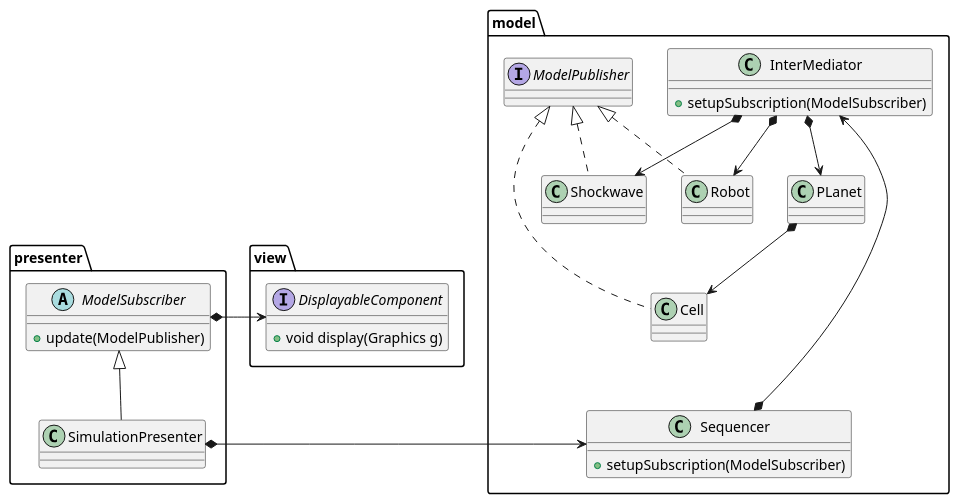
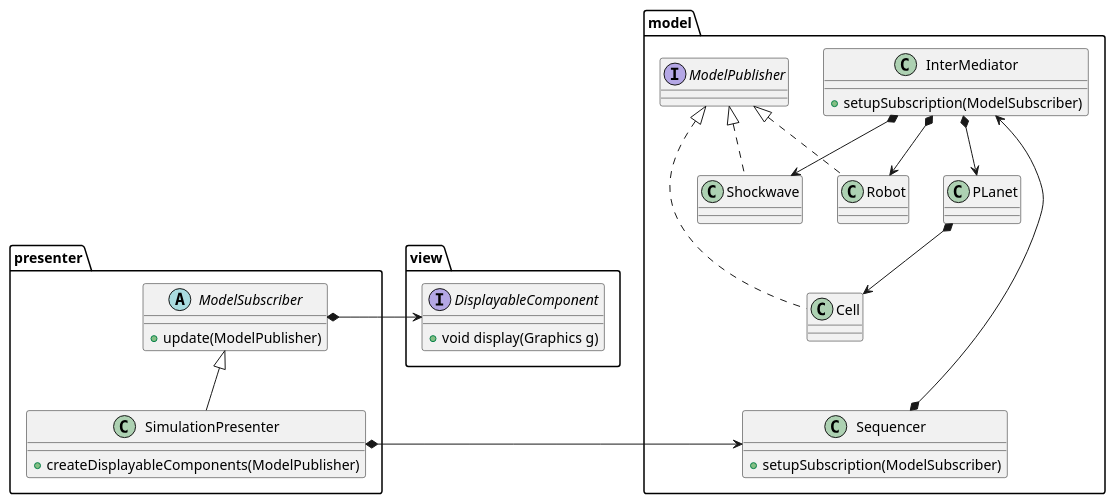
Before and after one commit to LEBOCQTitouan/ia-ensicaen-colonisation: the diagram in uml/class diagram/view/View-elements-creation.puml, drawn with PlantUML. The commit also changed 2 other files, not shown here.

Commit message:
Sequence modelisation for view setup

```diff
--- a/uml/class diagram/view/View-elements-creation.puml
+++ b/uml/class diagram/view/View-elements-creation.puml
@@ -1,44 +1,46 @@
 @startuml
 'https://plantuml.com/class-diagram'
 
 package model {
     class Sequencer {
         +setupSubscription(ModelSubscriber)
     }
     class InterMediator {
         +setupSubscription(ModelSubscriber)
     }
 
     class PLanet
 
     class Cell implements ModelPublisher
     class Robot implements ModelPublisher
     class Shockwave implements ModelPublisher
 
     InterMediator <----* Sequencer
 
     InterMediator *--> PLanet
     InterMediator *--> Robot
     InterMediator *--> Shockwave
 
     PLanet *--> Cell
 }
 
 package view {
     interface DisplayableComponent {
         + void display(Graphics g)
     }
 }
 
 package presenter {
     abstract class ModelSubscriber {
         +update(ModelPublisher)
     }
 
-    class SimulationPresenter extends ModelSubscriber
+    class SimulationPresenter extends ModelSubscriber {
+        +createDisplayableComponents(ModelPublisher)
+    }
 
     ModelSubscriber *-> DisplayableComponent
     SimulationPresenter *-> Sequencer
 }
 
 @enduml
```
